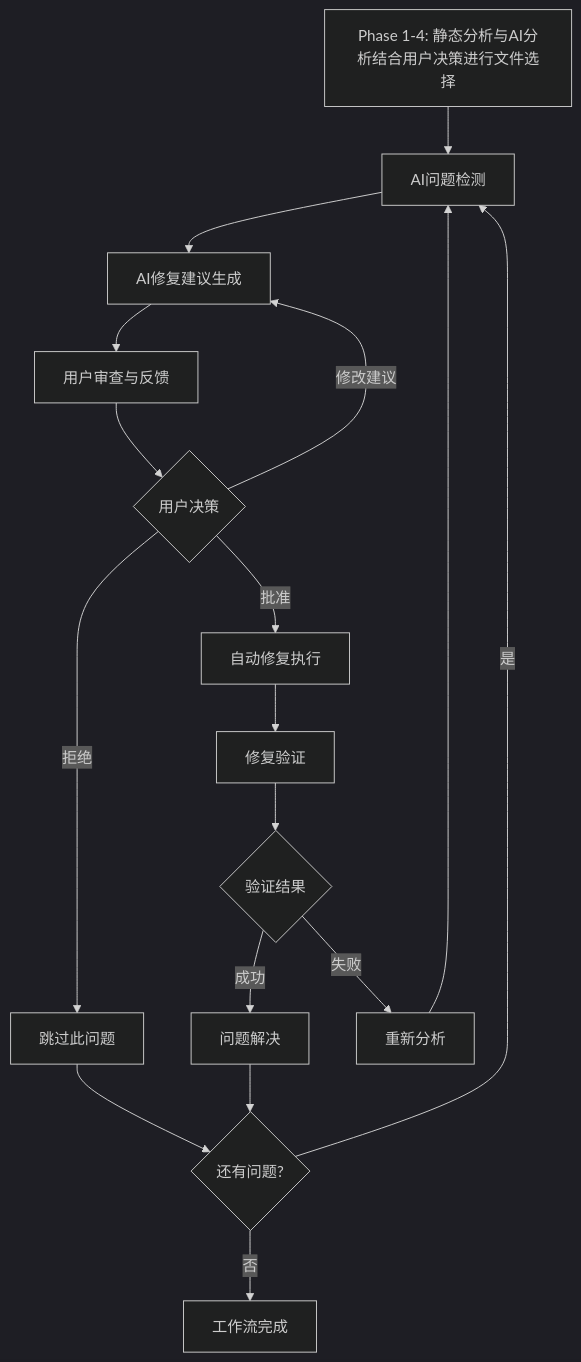
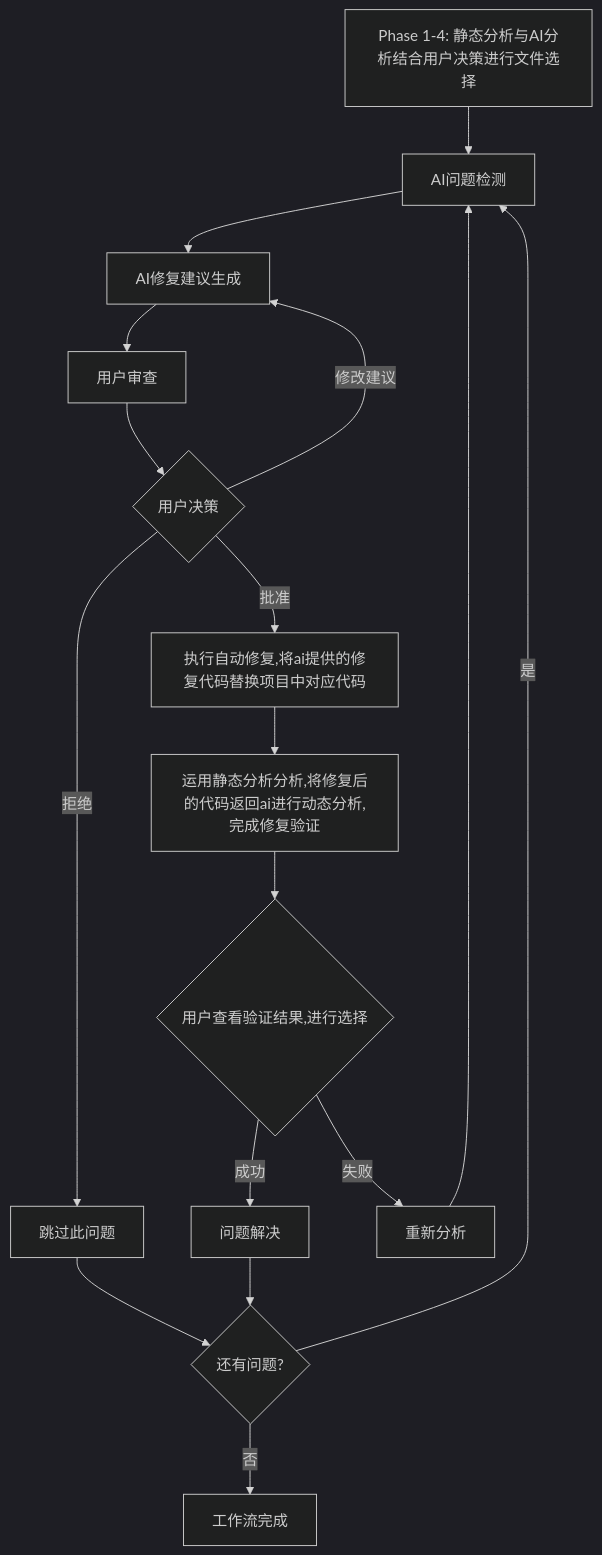
The diagram in TASK_项目分析功能.md (3uyuan1ee/Fix_agent), drawn with Mermaid (dark theme) before and after one commit. The commit also changed 13 other files, not shown here.

````diff
--- a/TASK_项目分析功能.md
+++ b/TASK_项目分析功能.md
@@ -458,19 +458,19 @@
 ```mermaid
 graph TD
     A[Phase 1-4: 静态分析与AI分析结合用户决策进行文件选择] --> B[AI问题检测]
     B --> C[AI修复建议生成]
-    C --> D[用户审查与反馈]
+    C --> D[用户审查]
     D --> E{用户决策}
-    E -->|批准| F[自动修复执行]
+    E -->|批准| F[执行自动修复,将ai提供的修复代码替换项目中对应代码]
     E -->|修改建议| C
     E -->|拒绝| G[跳过此问题]
-    F --> H[修复验证]
-    H --> I{验证结果}
+    F --> H[运用静态分析分析,将修复后的代码返回ai进行动态分析,完成修复验证]
+    H --> I{用户查看验证结果,进行选择}
     I -->|成功| J[问题解决]
     I -->|失败| K[重新分析]
     K --> B
     G --> L{还有问题?}
     J --> L
     L -->|是| B
     L -->|否| M[工作流完成]
 ```
````
